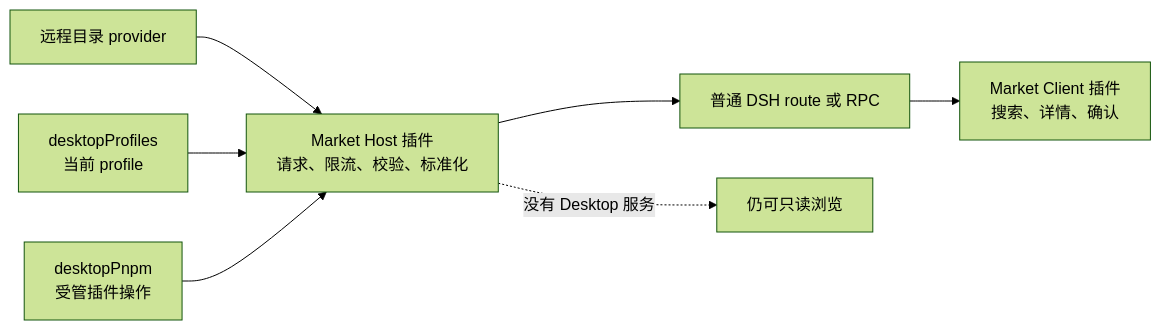
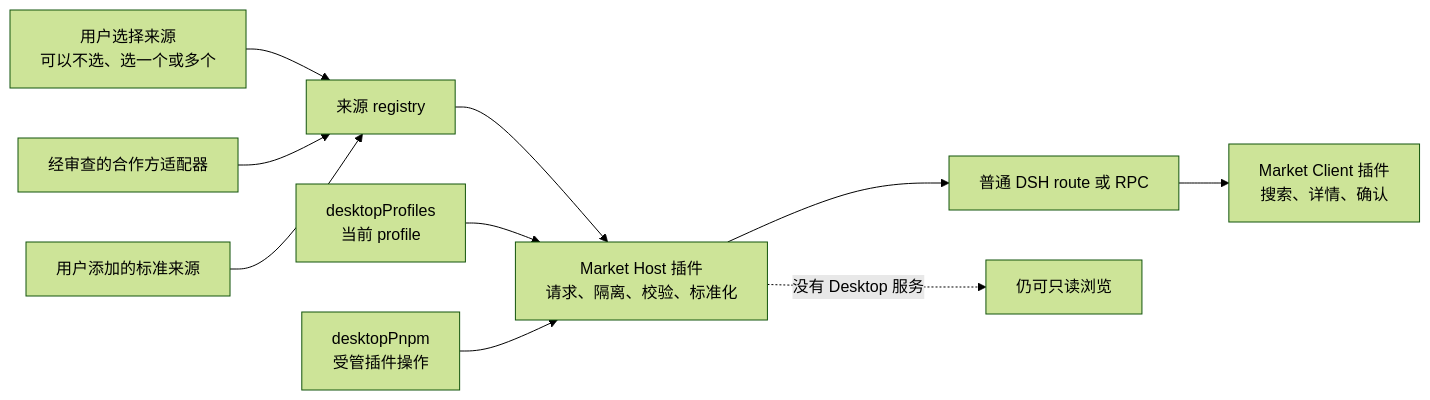
The diagram in dsh-community-market/docs/market-shell.zh.md (picoaide/picoaide-harness), drawn with Mermaid (forest theme) before and after one commit. The commit also changed other lines of this file and 23 other files, not shown here.

Commit message:
docs(market): define extensible catalog sources

````diff
--- a/dsh-community-market/docs/market-shell.zh.md
+++ b/dsh-community-market/docs/market-shell.zh.md
@@ -29,9 +29,12 @@
 ```mermaid
 flowchart LR
-    Catalog["远程目录 provider"] --> Host["Market Host 插件<br/>请求、限流、校验、标准化"]
+    Selection["用户选择来源<br/>可以不选、选一个或多个"] --> Registry["来源 registry"]
+    Partner["经审查的合作方适配器"] --> Registry
+    Standard["用户添加的标准来源"] --> Registry
+    Registry --> Host["Market Host 插件<br/>请求、隔离、校验、标准化"]
     Host --> Route["普通 DSH route 或 RPC"]
     Route --> Client["Market Client 插件<br/>搜索、详情、确认"]
     Profiles["desktopProfiles<br/>当前 profile"] --> Host
     Pnpm["desktopPnpm<br/>受管插件操作"] --> Host
     Host -. "没有 Desktop 服务" .-> Browse["仍可只读浏览"]
 ```
````
